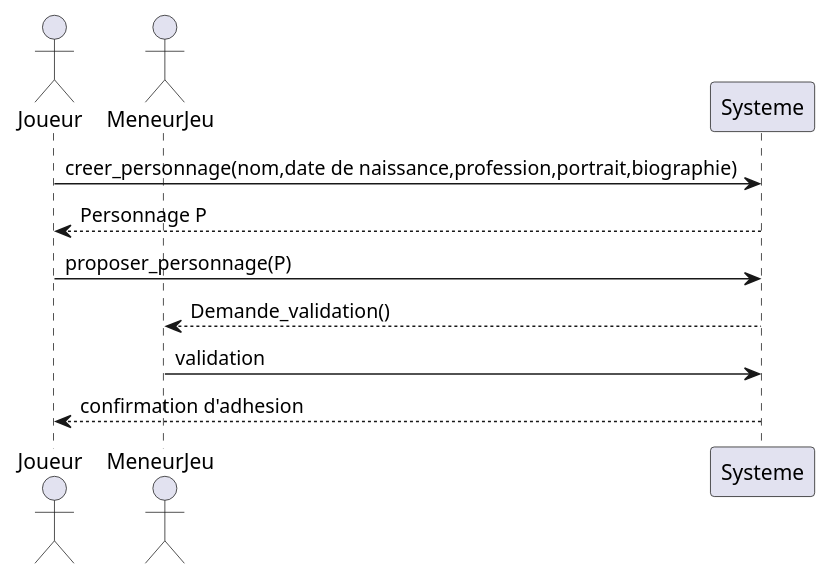
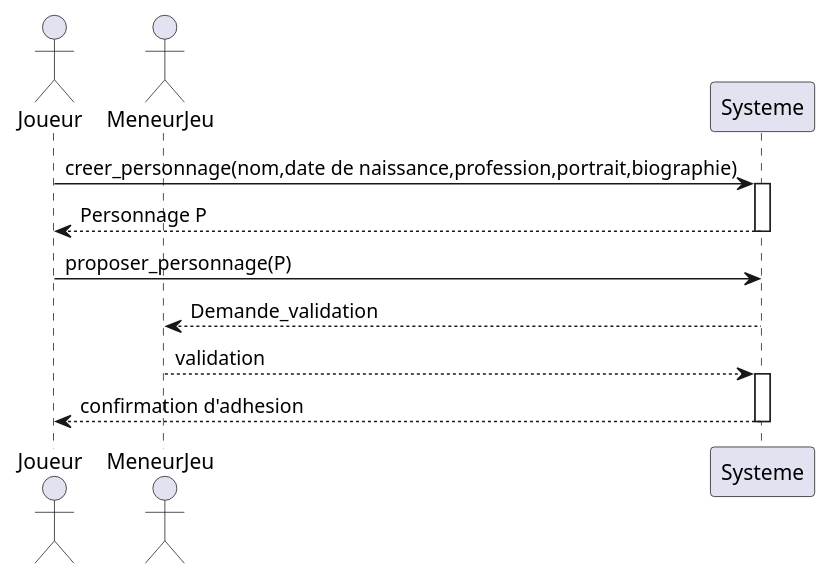
The diagram in diagrams/sequence_ajouter_personnage.wsd (Stefy237/projet-gl), drawn with PlantUML before and after one commit. The commit also changed 46 other files, not shown here.

```diff
--- a/diagrams/sequence_ajouter_personnage.wsd
+++ b/diagrams/sequence_ajouter_personnage.wsd
@@ -1,15 +1,20 @@
 @startuml
 actor Joueur
 actor MeneurJeu
 
+
 Joueur -> Systeme: creer_personnage(nom,date de naissance,profession,portrait,biographie)
+activate Systeme
 Systeme --> Joueur: Personnage P
+deactivate Systeme
 Joueur -> Systeme: proposer_personnage(P)
-Systeme --> MeneurJeu: Demande_validation()
-MeneurJeu -> Systeme: validation
+Systeme --> MeneurJeu: Demande_validation
+MeneurJeu --> Systeme: validation
+activate Systeme
 Systeme --> Joueur: confirmation d'adhesion
+deactivate Systeme
 
 
 /'Joueur -> Systeme: Another authentication Request'/
 /'Joueur <-- Systeme: Another authentication Response'/
 @enduml
```
